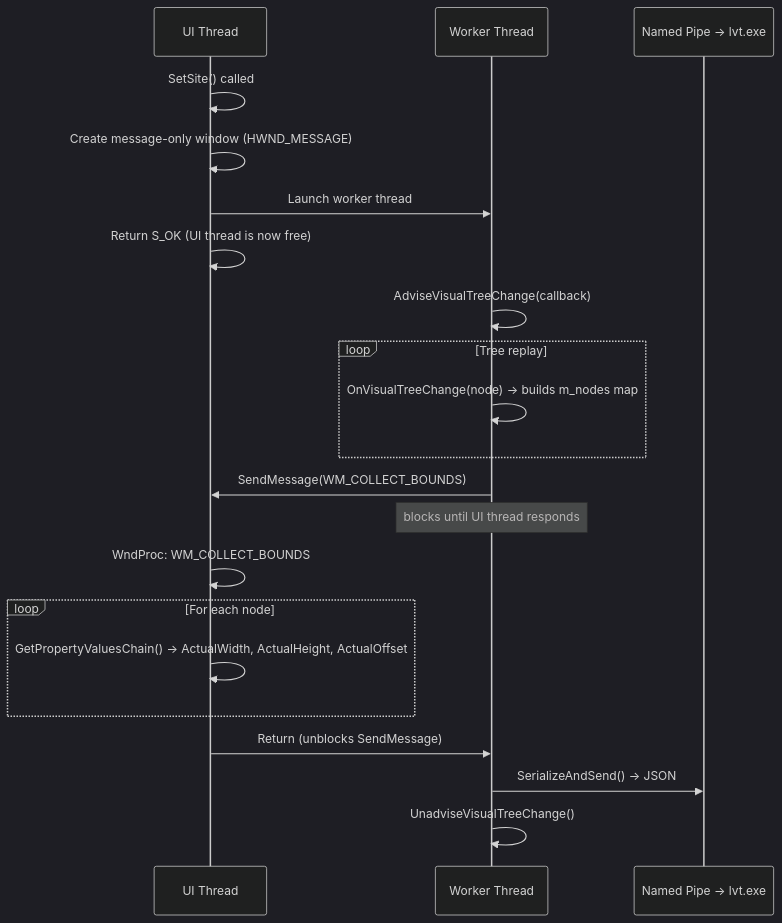
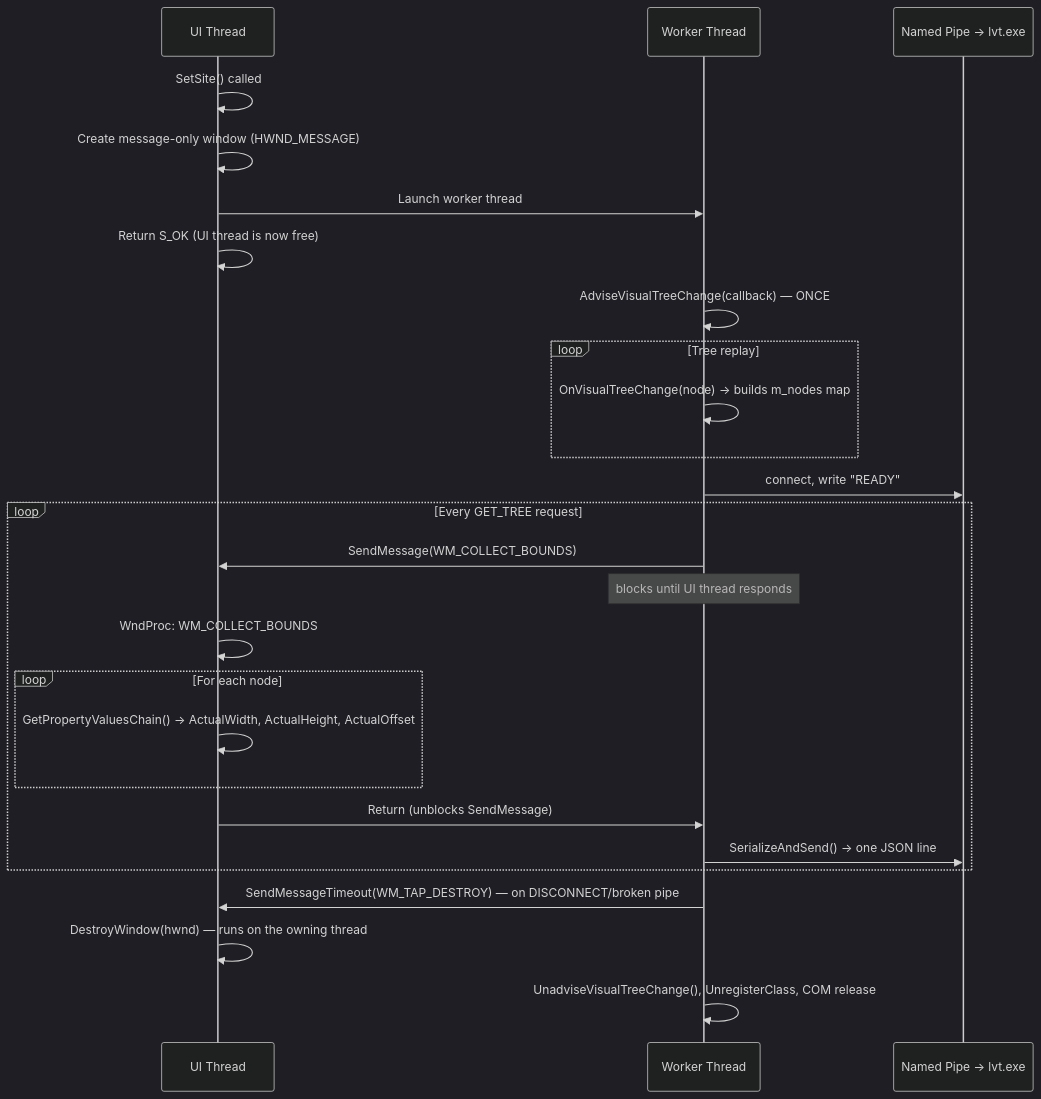
The third of 3 diagrams in docs/tap-dll-design.md (asklar/lvt), drawn with Mermaid (dark theme) before and after one commit. The commit also changed other lines of this file and 72 other files, not shown here.

First line of the commit message:
Add lvt Viewer: a graphical live visual tree GUI (#49)

````diff
--- a/docs/tap-dll-design.md
+++ b/docs/tap-dll-design.md
@@ -87,28 +95,32 @@
 ```mermaid
 sequenceDiagram
     participant UI as UI Thread
     participant Worker as Worker Thread
     participant Pipe as Named Pipe → lvt.exe
 
     UI->>UI: SetSite() called
     UI->>UI: Create message-only window (HWND_MESSAGE)
     UI->>Worker: Launch worker thread
     UI->>UI: Return S_OK (UI thread is now free)
 
-    Worker->>Worker: AdviseVisualTreeChange(callback)
+    Worker->>Worker: AdviseVisualTreeChange(callback) — ONCE
     loop Tree replay
         Worker->>Worker: OnVisualTreeChange(node) → builds m_nodes map
     end
+    Worker->>Pipe: connect, write "READY"
 
-    Worker->>UI: SendMessage(WM_COLLECT_BOUNDS)
-    Note over Worker: blocks until UI thread responds
+    loop Every GET_TREE request
+        Worker->>UI: SendMessage(WM_COLLECT_BOUNDS)
+        Note over Worker: blocks until UI thread responds
+        UI->>UI: WndProc: WM_COLLECT_BOUNDS
+        loop For each node
+            UI->>UI: GetPropertyValuesChain() → ActualWidth, ActualHeight, ActualOffset
+        end
+        UI->>Worker: Return (unblocks SendMessage)
+        Worker->>Pipe: SerializeAndSend() → one JSON line
+    end
 
-    UI->>UI: WndProc: WM_COLLECT_BOUNDS
-    loop For each node
-        UI->>UI: GetPropertyValuesChain() → ActualWidth, ActualHeight, ActualOffset
-    end
-    UI->>Worker: Return (unblocks SendMessage)
-
-    Worker->>Pipe: SerializeAndSend() → JSON
-    Worker->>Worker: UnadviseVisualTreeChange()
+    Worker->>UI: SendMessageTimeout(WM_TAP_DESTROY) — on DISCONNECT/broken pipe
+    UI->>UI: DestroyWindow(hwnd) — runs on the owning thread
+    Worker->>Worker: UnadviseVisualTreeChange(), UnregisterClass, COM release
 ```
````
